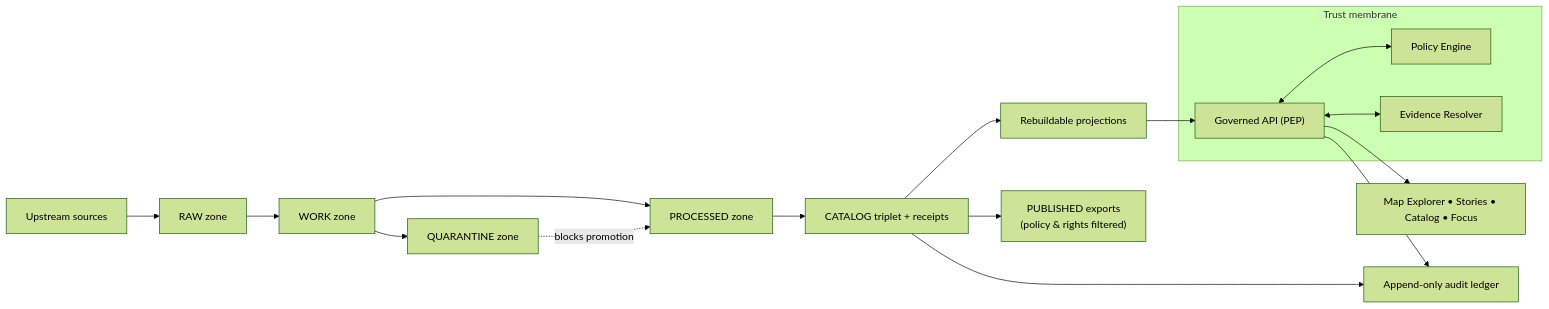
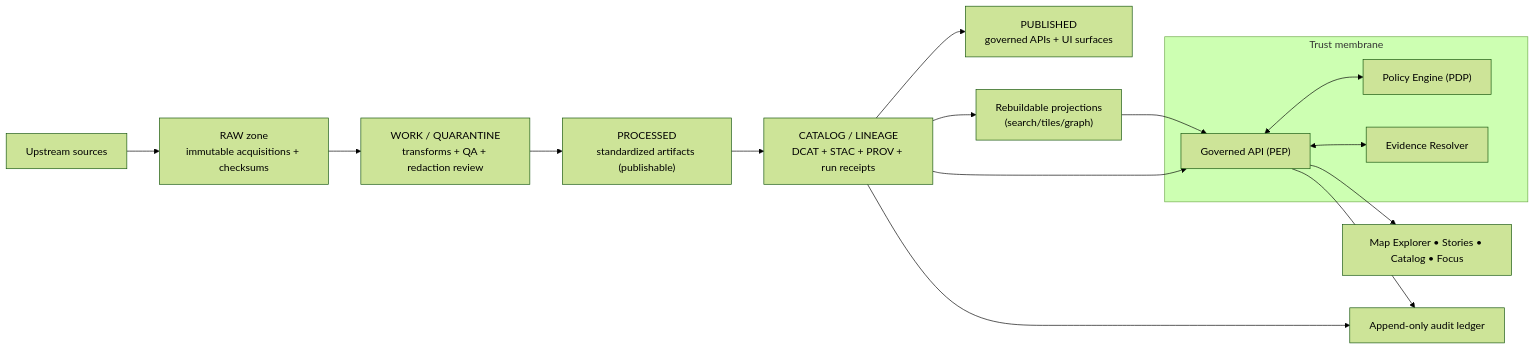
The diagram in docs/README.md (bartytime4life/Kansas-Frontier-Matrix), drawn with Mermaid (forest theme) before and after one commit. The commit also changed other lines of this file, not shown here.

````diff
--- a/docs/README.md
+++ b/docs/README.md
@@ -1095,24 +300,24 @@
 ```mermaid
 flowchart LR
-  S["Upstream sources"] --> R["RAW zone"]
-  R --> W["WORK zone"]
-  W --> Q["QUARANTINE zone"]
-  W --> P["PROCESSED zone"]
-  Q -.->|blocks promotion| P
-  P --> C["CATALOG triplet + receipts"]
-  C --> IDX["Rebuildable projections"]
-  C --> PUB["PUBLISHED exports<br/>(policy & rights filtered)"]
+  S["Upstream sources"] --> R["RAW zone<br/>immutable acquisitions + checksums"]
+  R --> W["WORK / QUARANTINE<br/>transforms + QA + redaction review"]
+  W --> P["PROCESSED<br/>standardized artifacts (publishable)"]
+  P --> C["CATALOG / LINEAGE<br/>DCAT + STAC + PROV + run receipts"]
+  C --> PUB["PUBLISHED<br/>governed APIs + UI surfaces"]
+
+  C --> IDX["Rebuildable projections<br/>(search/tiles/graph)"]
 
   subgraph TM["Trust membrane"]
     API["Governed API (PEP)"]
-    POL["Policy Engine"]
+    POL["Policy Engine (PDP)"]
     ER["Evidence Resolver"]
     API <--> POL
     API <--> ER
   end
 
   IDX --> API
+  C --> API
   API --> UI["Map Explorer • Stories • Catalog • Focus"]
   API --> AUD["Append-only audit ledger"]
   C --> AUD
 ```
````
